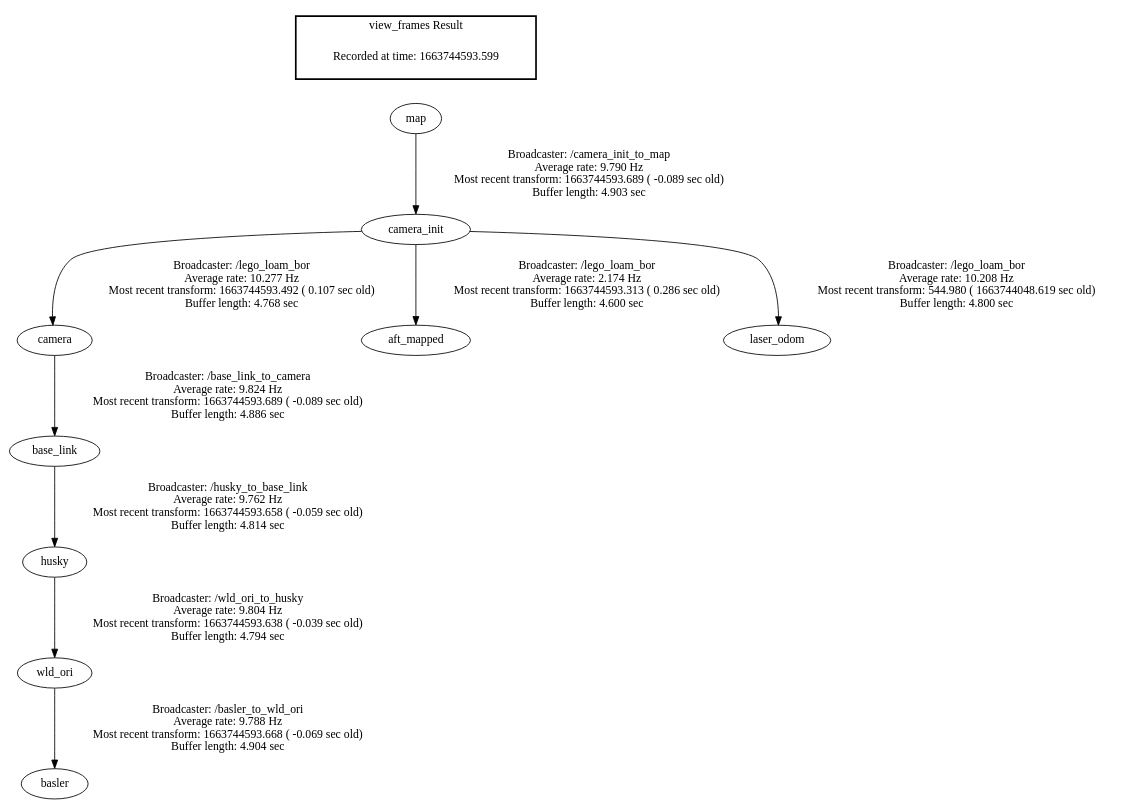
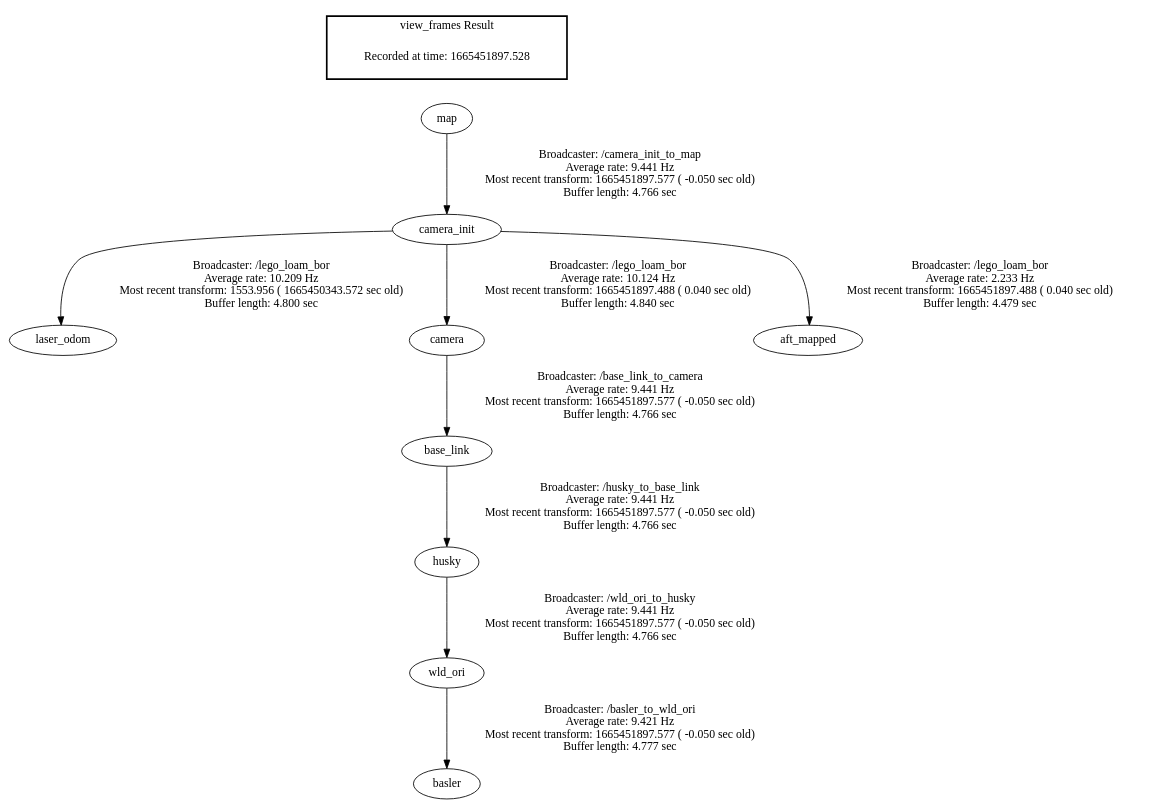
One commit to MURDriverless/mur2022_full_system changed the diagram in catkin_ws/frames.gv. Above: the diagram before and after it, drawn with Graphviz. The commit also changed 2 other files, not shown here.

```diff
--- a/catkin_ws/frames.gv
+++ b/catkin_ws/frames.gv
@@ -1,14 +1,14 @@
 digraph G {
-"wld_ori" -> "basler"[label="Broadcaster: /basler_to_wld_ori\nAverage rate: 9.788 Hz\nMost recent transform: 1663744593.668 ( -0.069 sec old)\nBuffer length: 4.904 sec\n"];
-"husky" -> "wld_ori"[label="Broadcaster: /wld_ori_to_husky\nAverage rate: 9.804 Hz\nMost recent transform: 1663744593.638 ( -0.039 sec old)\nBuffer length: 4.794 sec\n"];
-"map" -> "camera_init"[label="Broadcaster: /camera_init_to_map\nAverage rate: 9.790 Hz\nMost recent transform: 1663744593.689 ( -0.089 sec old)\nBuffer length: 4.903 sec\n"];
-"camera" -> "base_link"[label="Broadcaster: /base_link_to_camera\nAverage rate: 9.824 Hz\nMost recent transform: 1663744593.689 ( -0.089 sec old)\nBuffer length: 4.886 sec\n"];
-"camera_init" -> "camera"[label="Broadcaster: /lego_loam_bor\nAverage rate: 10.277 Hz\nMost recent transform: 1663744593.492 ( 0.107 sec old)\nBuffer length: 4.768 sec\n"];
-"camera_init" -> "aft_mapped"[label="Broadcaster: /lego_loam_bor\nAverage rate: 2.174 Hz\nMost recent transform: 1663744593.313 ( 0.286 sec old)\nBuffer length: 4.600 sec\n"];
-"camera_init" -> "laser_odom"[label="Broadcaster: /lego_loam_bor\nAverage rate: 10.208 Hz\nMost recent transform: 544.980 ( 1663744048.619 sec old)\nBuffer length: 4.800 sec\n"];
-"base_link" -> "husky"[label="Broadcaster: /husky_to_base_link\nAverage rate: 9.762 Hz\nMost recent transform: 1663744593.658 ( -0.059 sec old)\nBuffer length: 4.814 sec\n"];
+"camera_init" -> "laser_odom"[label="Broadcaster: /lego_loam_bor\nAverage rate: 10.209 Hz\nMost recent transform: 1553.956 ( 1665450343.572 sec old)\nBuffer length: 4.800 sec\n"];
+"map" -> "camera_init"[label="Broadcaster: /camera_init_to_map\nAverage rate: 9.441 Hz\nMost recent transform: 1665451897.577 ( -0.050 sec old)\nBuffer length: 4.766 sec\n"];
+"camera_init" -> "camera"[label="Broadcaster: /lego_loam_bor\nAverage rate: 10.124 Hz\nMost recent transform: 1665451897.488 ( 0.040 sec old)\nBuffer length: 4.840 sec\n"];
+"camera" -> "base_link"[label="Broadcaster: /base_link_to_camera\nAverage rate: 9.441 Hz\nMost recent transform: 1665451897.577 ( -0.050 sec old)\nBuffer length: 4.766 sec\n"];
+"base_link" -> "husky"[label="Broadcaster: /husky_to_base_link\nAverage rate: 9.441 Hz\nMost recent transform: 1665451897.577 ( -0.050 sec old)\nBuffer length: 4.766 sec\n"];
+"husky" -> "wld_ori"[label="Broadcaster: /wld_ori_to_husky\nAverage rate: 9.441 Hz\nMost recent transform: 1665451897.577 ( -0.050 sec old)\nBuffer length: 4.766 sec\n"];
+"wld_ori" -> "basler"[label="Broadcaster: /basler_to_wld_ori\nAverage rate: 9.421 Hz\nMost recent transform: 1665451897.577 ( -0.050 sec old)\nBuffer length: 4.777 sec\n"];
+"camera_init" -> "aft_mapped"[label="Broadcaster: /lego_loam_bor\nAverage rate: 2.233 Hz\nMost recent transform: 1665451897.488 ( 0.040 sec old)\nBuffer length: 4.479 sec\n"];
 edge [style=invis];
  subgraph cluster_legend { style=bold; color=black; label ="view_frames Result";
-"Recorded at time: 1663744593.599"[ shape=plaintext ] ;
+"Recorded at time: 1665451897.528"[ shape=plaintext ] ;
  }->"map";
 }
```
